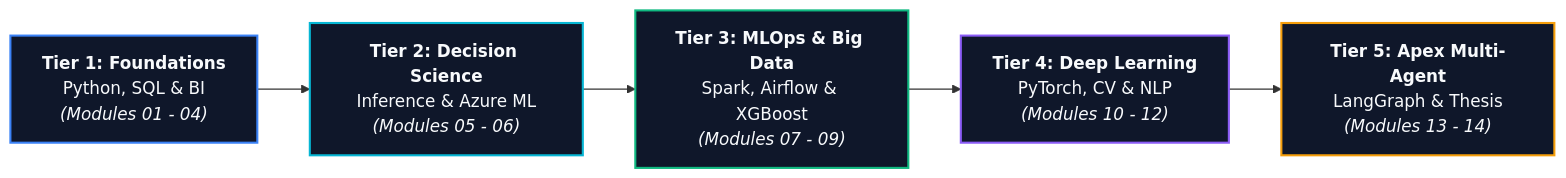
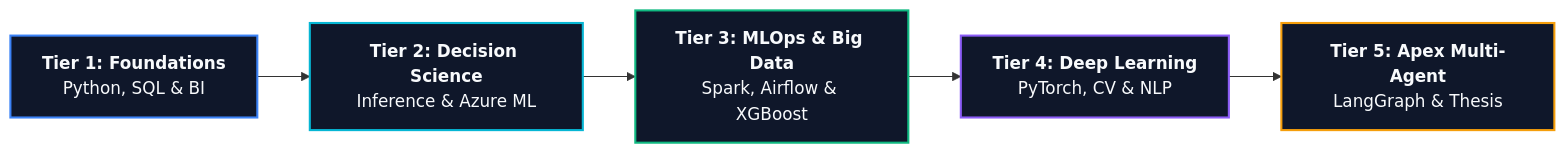
Before and after one commit to Jigneshxi/Jigneshxi: the diagram in README.md, drawn with Mermaid. The commit also changed other lines of this file, not shown here.

Commit message:
style(portfolio): remove fractional indices from tables and roadmap, formatting by module and domain name

````diff
--- a/README.md
+++ b/README.md
@@ -26,14 +26,14 @@
 ```mermaid
 flowchart LR
-    T1["<b>Tier 1: Foundations</b><br/>Python, SQL & BI<br/><i>(Modules 01 - 04)</i>"]
-    --> T2["<b>Tier 2: Decision Science</b><br/>Inference & Azure ML<br/><i>(Modules 05 - 06)</i>"]
-    --> T3["<b>Tier 3: MLOps & Big Data</b><br/>Spark, Airflow & XGBoost<br/><i>(Modules 07 - 09)</i>"]
-    --> T4["<b>Tier 4: Deep Learning</b><br/>PyTorch, CV & NLP<br/><i>(Modules 10 - 12)</i>"]
-    --> T5["<b>Tier 5: Apex Multi-Agent</b><br/>LangGraph & Thesis<br/><i>(Modules 13 - 14)</i>"]
+    T1["<b>Tier 1: Foundations</b><br/>Python, SQL & BI"]
+    --> T2["<b>Tier 2: Decision Science</b><br/>Inference & Azure ML"]
+    --> T3["<b>Tier 3: MLOps & Big Data</b><br/>Spark, Airflow & XGBoost"]
+    --> T4["<b>Tier 4: Deep Learning</b><br/>PyTorch, CV & NLP"]
+    --> T5["<b>Tier 5: Apex Multi-Agent</b><br/>LangGraph & Thesis"]
 
     style T1 fill:#0f172a,stroke:#3b82f6,stroke-width:2px,color:#f8fafc
     style T2 fill:#0f172a,stroke:#06b6d4,stroke-width:2px,color:#f8fafc
     style T3 fill:#0f172a,stroke:#10b981,stroke-width:2px,color:#f8fafc
     style T4 fill:#0f172a,stroke:#8b5cf6,stroke-width:2px,color:#f8fafc
     style T5 fill:#0f172a,stroke:#f59e0b,stroke-width:2px,color:#f8fafc
 ```
````
